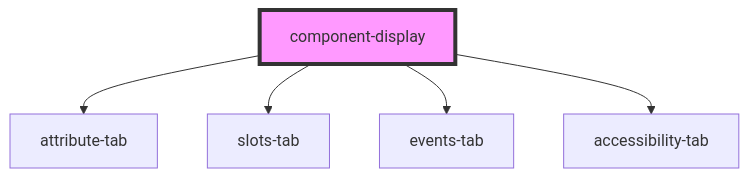
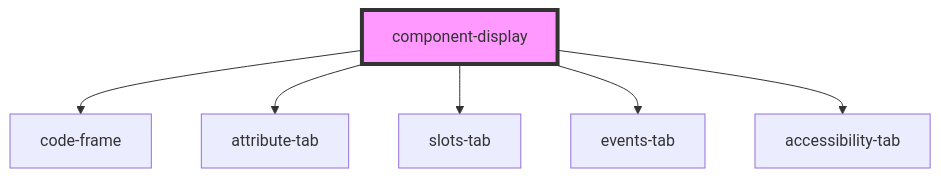
Before and after one commit to ethanWallace/component-display: the diagram in src/components/component-display/readme.md, drawn with Mermaid. The commit also changed other lines of this file and 9 other files, not shown here.

````diff
--- a/src/components/component-display/readme.md
+++ b/src/components/component-display/readme.md
@@ -28,8 +29,9 @@
 ```mermaid
 graph TD;
+  component-display --> code-frame
   component-display --> attribute-tab
   component-display --> slots-tab
   component-display --> events-tab
   component-display --> accessibility-tab
   style component-display fill:#f9f,stroke:#333,stroke-width:4px
 ```
````
